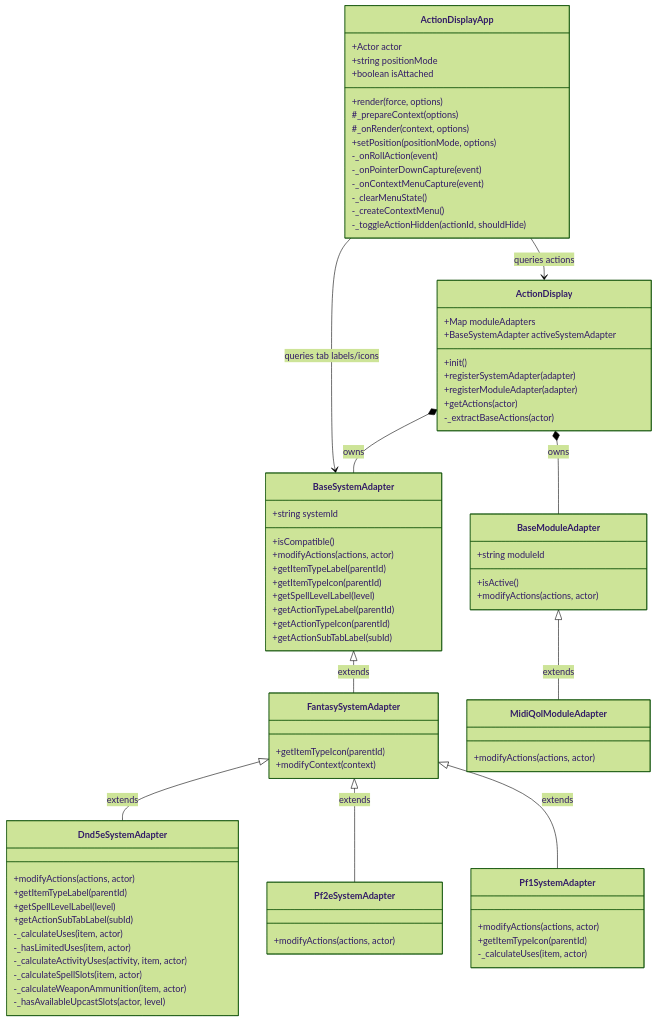
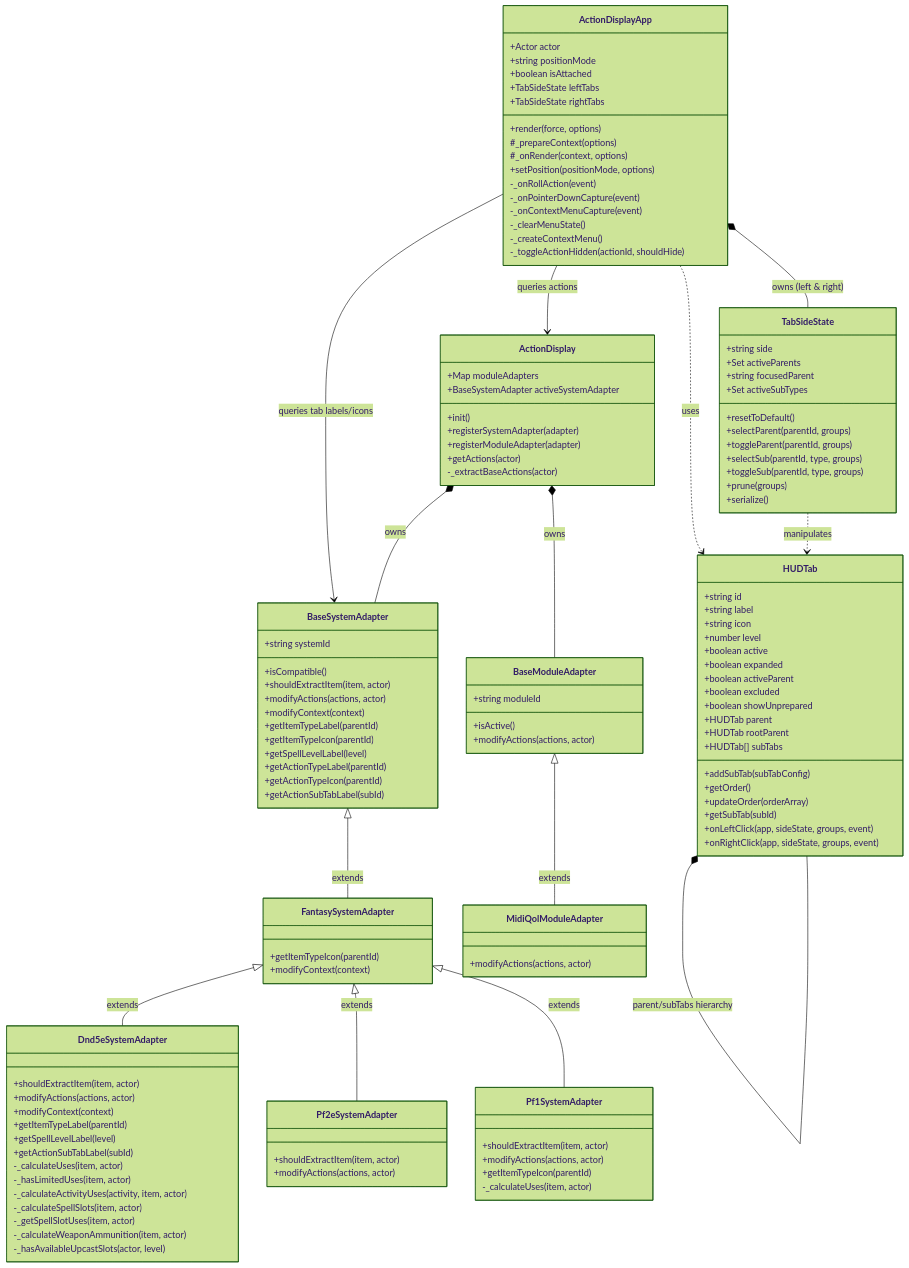
Before and after one commit to aljames-arctic/bakana-action-display: the first of 2 diagrams in docs/architecture_guide.md, drawn with Mermaid (forest theme). The commit also changed other lines of this file and 3 other files, not shown here.

Commit message:
docs: update README and docs with recent changes and function tree flowcharts

```diff
--- a/docs/architecture_guide.md
+++ b/docs/architecture_guide.md
@@ -86,7 +87,9 @@
     class BaseSystemAdapter {
         +string systemId
         +isCompatible()
+        +shouldExtractItem(item, actor)
         +modifyActions(actions, actor)
+        +modifyContext(context)
         +getItemTypeLabel(parentId)
         +getItemTypeIcon(parentId)
         +getSpellLevelLabel(level)
@@ -101,7 +104,9 @@
     }
 
     class Dnd5eSystemAdapter {
+        +shouldExtractItem(item, actor)
         +modifyActions(actions, actor)
+        +modifyContext(context)
         +getItemTypeLabel(parentId)
         +getSpellLevelLabel(level)
         +getActionSubTabLabel(subId)
@@ -109,15 +114,18 @@
         -_hasLimitedUses(item, actor)
         -_calculateActivityUses(activity, item, actor)
         -_calculateSpellSlots(item, actor)
+        -_getSpellSlotUses(item, actor)
         -_calculateWeaponAmmunition(item, actor)
         -_hasAvailableUpcastSlots(actor, level)
     }
 
     class Pf2eSystemAdapter {
+        +shouldExtractItem(item, actor)
         +modifyActions(actions, actor)
     }
 
     class Pf1SystemAdapter {
+        +shouldExtractItem(item, actor)
         +modifyActions(actions, actor)
         +getItemTypeIcon(parentId)
         -_calculateUses(item, actor)
@@ -133,10 +141,47 @@
         +modifyActions(actions, actor)
     }
 
+    class HUDTab {
+        +string id
+        +string label
+        +string icon
+        +number level
+        +boolean active
+        +boolean expanded
+        +boolean activeParent
+        +boolean excluded
+        +boolean showUnprepared
+        +HUDTab parent
+        +HUDTab rootParent
+        +HUDTab[] subTabs
+        +addSubTab(subTabConfig)
+        +getOrder()
+        +updateOrder(orderArray)
+        +getSubTab(subId)
+        +onLeftClick(app, sideState, groups, event)
+        +onRightClick(app, sideState, groups, event)
+    }
+
+    class TabSideState {
+        +string side
+        +Set activeParents
+        +string focusedParent
+        +Set activeSubTypes
+        +resetToDefault()
+        +selectParent(parentId, groups)
+        +toggleParent(parentId, groups)
+        +selectSub(parentId, type, groups)
+        +toggleSub(parentId, type, groups)
+        +prune(groups)
+        +serialize()
+    }
+
     class ActionDisplayApp {
         +Actor actor
         +string positionMode
         +boolean isAttached
+        +TabSideState leftTabs
+        +TabSideState rightTabs
         +render(force, options)
         #_prepareContext(options)
         #_onRender(context, options)
@@ -151,6 +196,10 @@
 
     ActionDisplayApp --> ActionDisplay : queries actions
     ActionDisplayApp --> BaseSystemAdapter : queries tab labels/icons
+    ActionDisplayApp *-- TabSideState : owns (left & right)
+    ActionDisplayApp ..> HUDTab : uses
+    TabSideState ..> HUDTab : manipulates
+    HUDTab *-- HUDTab : parent/subTabs hierarchy
     ActionDisplay *-- BaseSystemAdapter : owns
     ActionDisplay *-- BaseModuleAdapter : owns
     BaseSystemAdapter <|-- FantasySystemAdapter : extends
```
